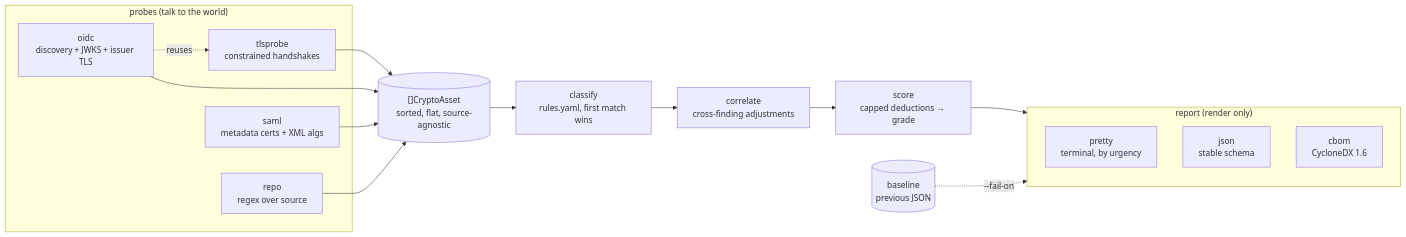
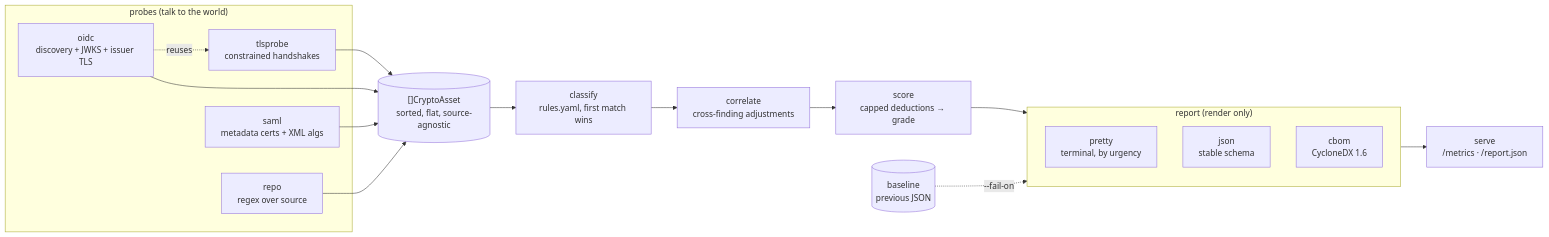
One commit to angga-22/pqinv changed the first of 3 diagrams in docs/architecture.md. Above: the diagram before and after it, drawn with Mermaid. The commit also changed other lines of this file and 12 other files, not shown here.

Commit message:
feat: pqinv serve — scheduled scans as Prometheus metrics

````diff
--- a/docs/architecture.md
+++ b/docs/architecture.md
@@ -11,28 +11,29 @@
 ```mermaid
 flowchart LR
     subgraph probes["probes (talk to the world)"]
         tls["tlsprobe<br/>constrained handshakes"]
         oidc["oidc<br/>discovery + JWKS + issuer TLS"]
         saml["saml<br/>metadata certs + XML algs"]
         repo["repo<br/>regex over source"]
     end
 
     tls --> assets
     oidc --> assets
     saml --> assets
     repo --> assets
     oidc -. reuses .-> tls
 
     assets[("[]CryptoAsset<br/>sorted, flat, source-agnostic")]
     assets --> classify["classify<br/>rules.yaml, first match wins"]
     classify --> correlate["correlate<br/>cross-finding adjustments"]
     correlate --> score["score<br/>capped deductions → grade"]
     score --> report
     baseline[("baseline<br/>previous JSON")] -. "--fail-on" .-> report
+    report --> serve["serve<br/>/metrics · /report.json"]
 
     subgraph report["report (render only)"]
         pretty["pretty<br/>terminal, by urgency"]
         json["json<br/>stable schema"]
         cbom["cbom<br/>CycloneDX 1.6"]
     end
 ```
````
